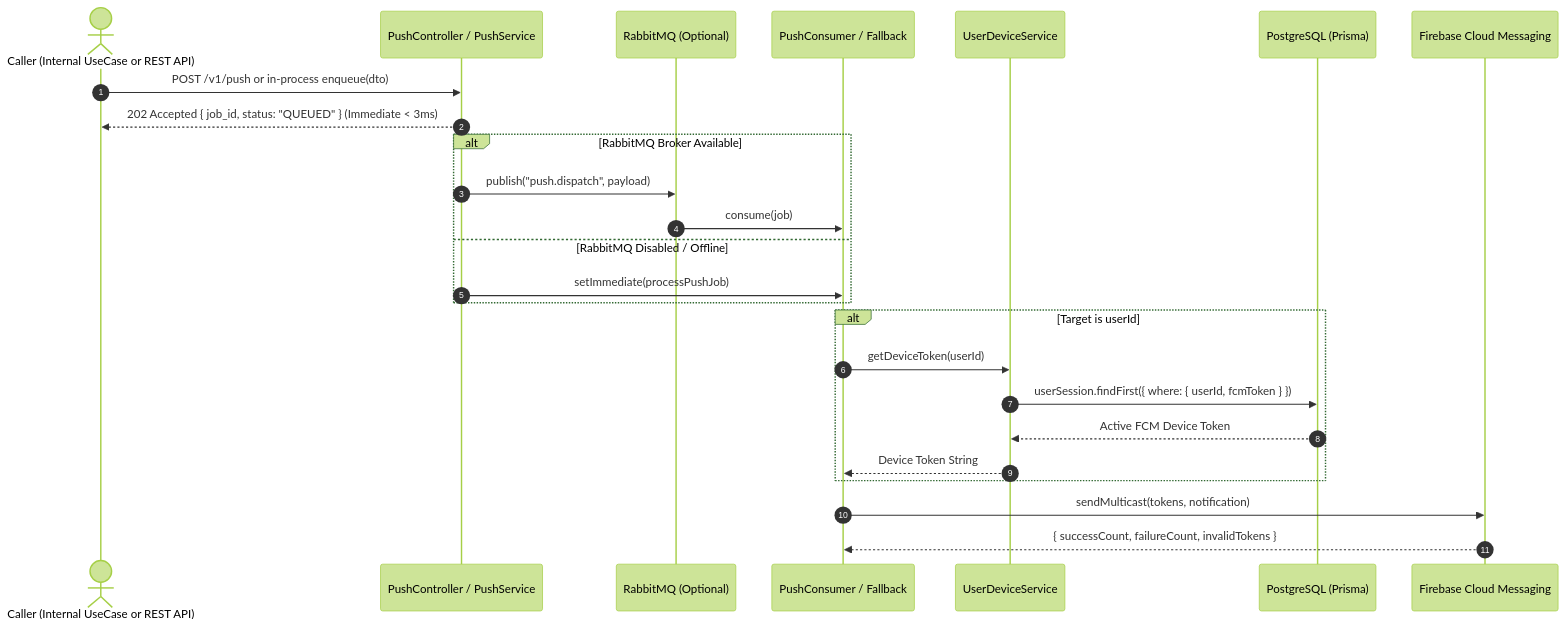
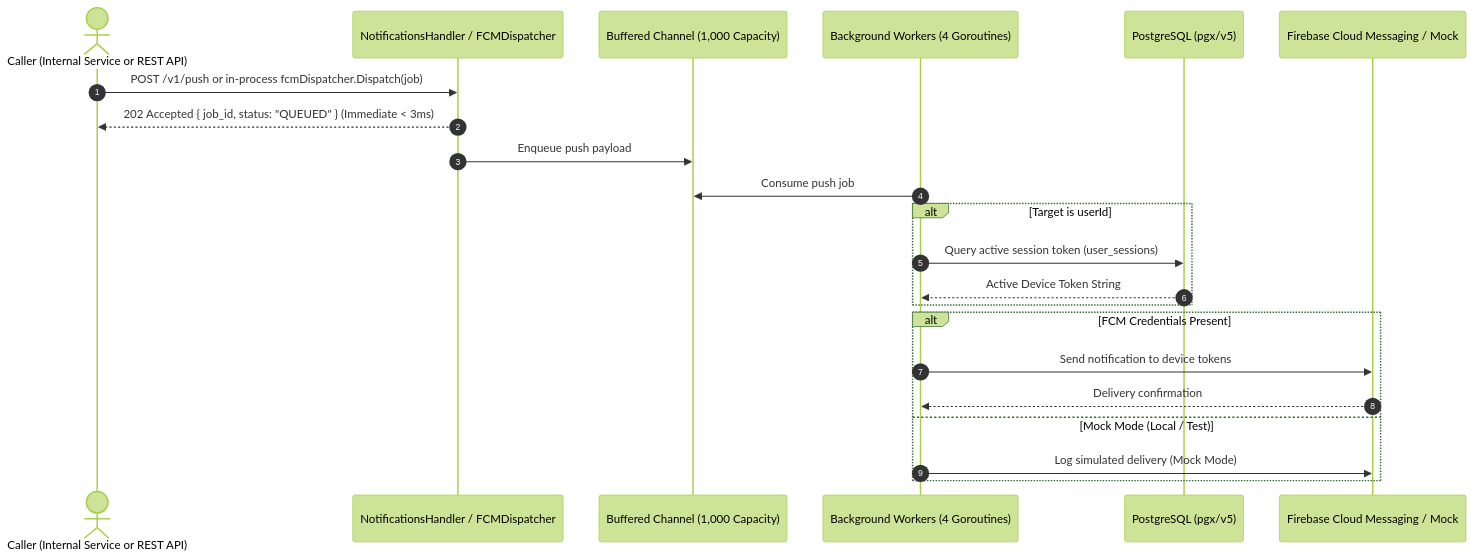
Before and after one commit to kordeviant/datemate-slim: the second of 2 diagrams in docs/CONSOLIDATED_BACKEND_ARCHITECTURE_AND_BUSINESS_RULES.md, drawn with Mermaid (forest theme). The commit also changed other lines of this file and 10 other files, not shown here.

First line of the commit message:
docs: synchronize architecture and deployment guides with Go modular monolith

````diff
--- a/docs/CONSOLIDATED_BACKEND_ARCHITECTURE_AND_BUSINESS_RULES.md
+++ b/docs/CONSOLIDATED_BACKEND_ARCHITECTURE_AND_BUSINESS_RULES.md
@@ -268,31 +272,27 @@
 ```mermaid
 sequenceDiagram
     autonumber
-    actor Trigger as Caller (Internal UseCase or REST API)
-    participant Ctrl as PushController / PushService
-    participant Rabbit as RabbitMQ (Optional)
-    participant Worker as PushConsumer / Fallback
-    participant DevSvc as UserDeviceService
-    participant DB as PostgreSQL (Prisma)
-    participant FCM as Firebase Cloud Messaging
+    actor Trigger as Caller (Internal Service or REST API)
+    participant Ctrl as NotificationsHandler / FCMDispatcher
+    participant Queue as Buffered Channel (1,000 Capacity)
+    participant Worker as Background Workers (4 Goroutines)
+    participant DB as PostgreSQL (pgx/v5)
+    participant FCM as Firebase Cloud Messaging / Mock
 
-    Trigger->>Ctrl: POST /v1/push or in-process enqueue(dto)
+    Trigger->>Ctrl: POST /v1/push or in-process fcmDispatcher.Dispatch(job)
     Ctrl-->>Trigger: 202 Accepted { job_id, status: "QUEUED" } (Immediate < 3ms)
+    Ctrl->>Queue: Enqueue push payload
+    Worker->>Queue: Consume push job
     
-    alt RabbitMQ Broker Available
-        Ctrl->>Rabbit: publish("push.dispatch", payload)
-        Rabbit->>Worker: consume(job)
-    else RabbitMQ Disabled / Offline
-        Ctrl->>Worker: setImmediate(processPushJob)
+    alt Target is userId
+        Worker->>DB: Query active session token (user_sessions)
+        DB-->>Worker: Active Device Token String
     end
 
-    alt Target is userId
-        Worker->>DevSvc: getDeviceToken(userId)
-        DevSvc->>DB: userSession.findFirst({ where: { userId, fcmToken } })
-        DB-->>DevSvc: Active FCM Device Token
-        DevSvc-->>Worker: Device Token String
+    alt FCM Credentials Present
+        Worker->>FCM: Send notification to device tokens
+        FCM-->>Worker: Delivery confirmation
+    else Mock Mode (Local / Test)
+        Worker->>FCM: Log simulated delivery (Mock Mode)
     end
-
-    Worker->>FCM: sendMulticast(tokens, notification)
-    FCM-->>Worker: { successCount, failureCount, invalidTokens }
 ```
````
